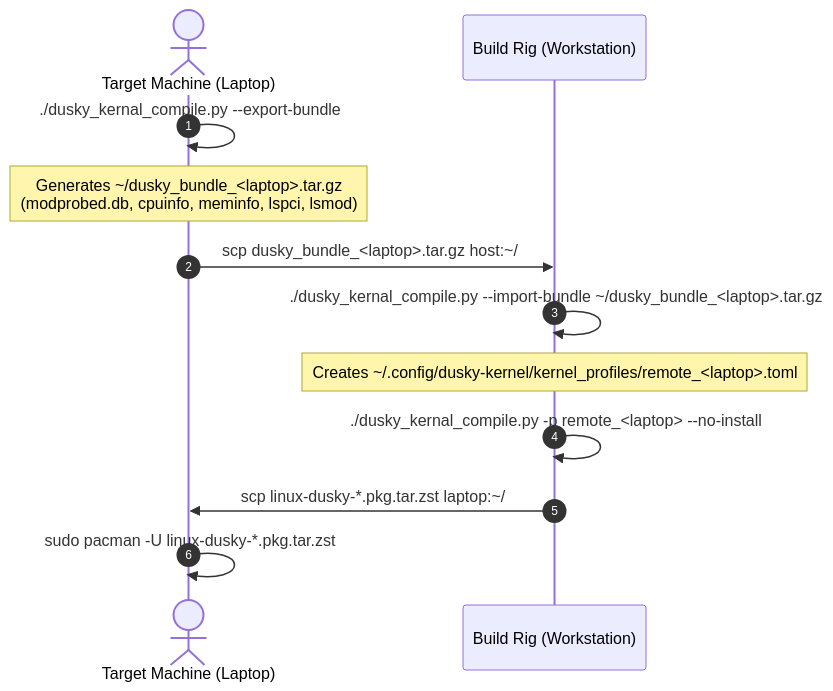
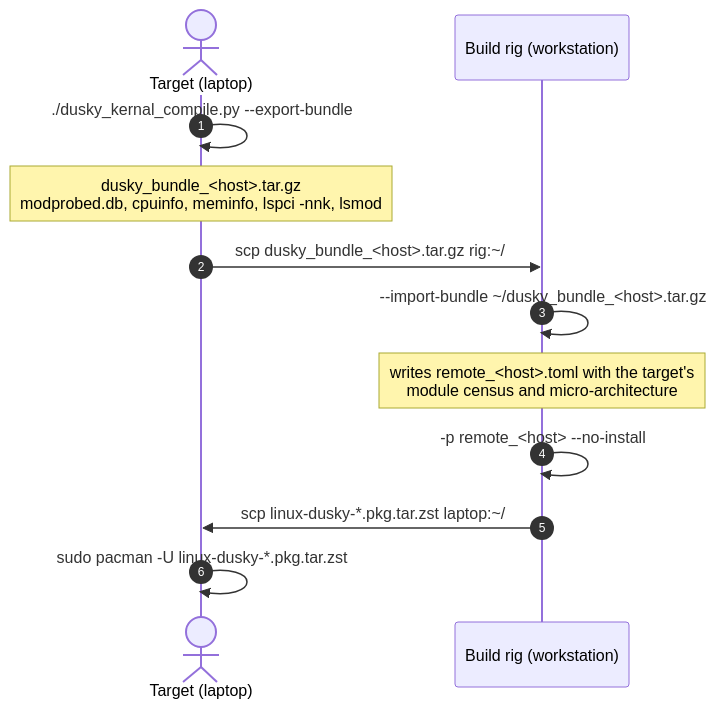
The seventh of 7 diagrams in Documents/pensive/linux/Important Notes/Kernal/Dusky_Kernel_Compiler_Manual.md (Sidon137/dusky), drawn with Mermaid before and after one commit. The commit also changed other lines of this file, not shown here.

Commit message:
kernel compiler updated notes

````diff
--- a/Documents/pensive/linux/Important Notes/Kernal/Dusky_Kernel_Compiler_Manual.md
+++ b/Documents/pensive/linux/Important Notes/Kernal/Dusky_Kernel_Compiler_Manual.md
@@ -987,14 +2727,14 @@
 ```mermaid
 sequenceDiagram
     autonumber
-    actor User as Target Machine (Laptop)
-    participant Host as Build Rig (Workstation)
+    actor User as Target (laptop)
+    participant Host as Build rig (workstation)
     User->>User: ./dusky_kernal_compile.py --export-bundle
-    Note over User: Generates ~/dusky_bundle_<laptop>.tar.gz<br>(modprobed.db, cpuinfo, meminfo, lspci, lsmod)
-    User->>Host: scp dusky_bundle_<laptop>.tar.gz host:~/
-    Host->>Host: ./dusky_kernal_compile.py --import-bundle ~/dusky_bundle_<laptop>.tar.gz
-    Note over Host: Creates ~/.config/dusky-kernel/kernel_profiles/remote_<laptop>.toml
-    Host->>Host: ./dusky_kernal_compile.py -p remote_<laptop> --no-install
+    Note over User: dusky_bundle_<host>.tar.gz<br>modprobed.db, cpuinfo, meminfo, lspci -nnk, lsmod
+    User->>Host: scp dusky_bundle_<host>.tar.gz rig:~/
+    Host->>Host: --import-bundle ~/dusky_bundle_<host>.tar.gz
+    Note over Host: writes remote_<host>.toml with the target's<br>module census and micro-architecture
+    Host->>Host: -p remote_<host> --no-install
     Host->>User: scp linux-dusky-*.pkg.tar.zst laptop:~/
     User->>User: sudo pacman -U linux-dusky-*.pkg.tar.zst
 ```
````
